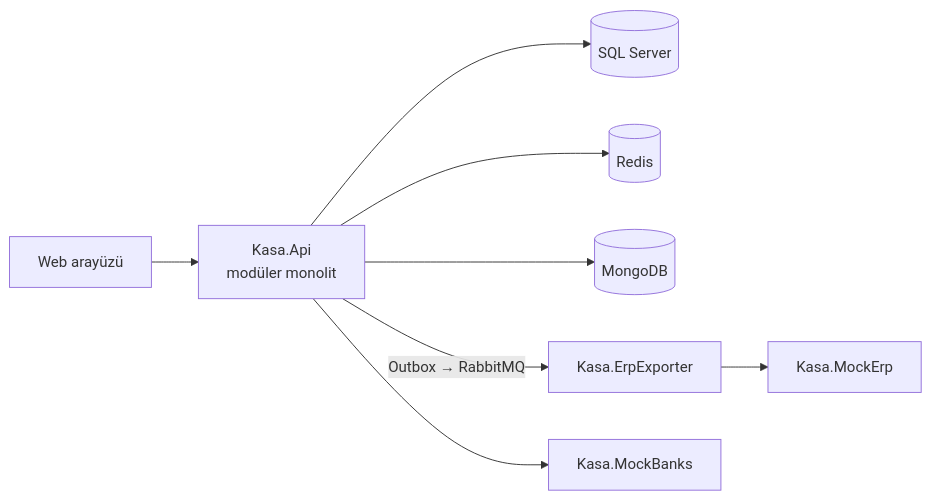
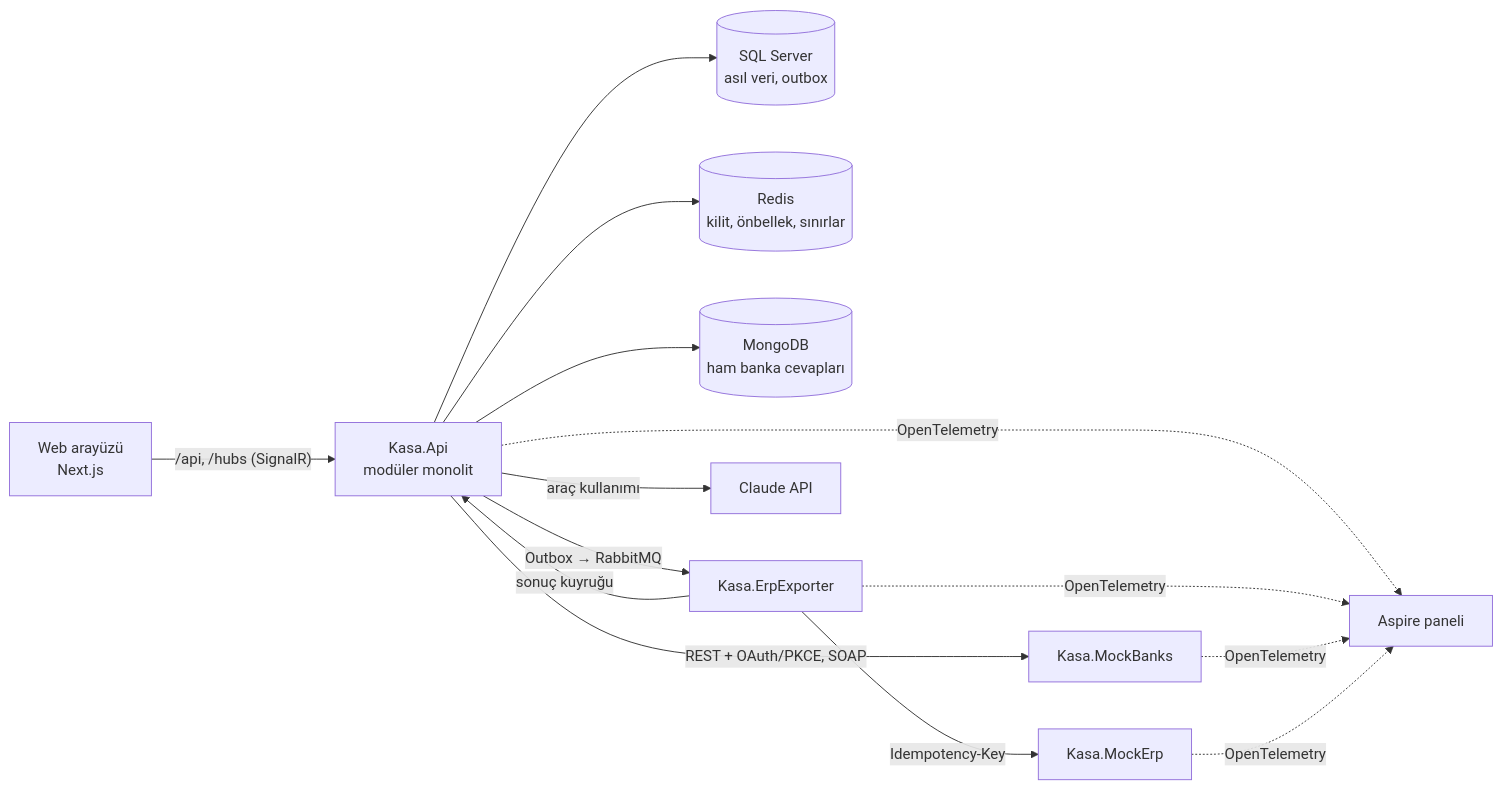
One commit to surakaraali/kasa changed the diagram in README.md. Above: the diagram before and after it, drawn with Mermaid. The commit also changed other lines of this file and 46 other files, not shown here.

````diff
--- a/README.md
+++ b/README.md
@@ -13,10 +13,13 @@
 ```mermaid
 flowchart LR
-    web["Web arayüzü"] --> api["Kasa.Api<br/>modüler monolit"]
-    api --> sql[("SQL Server")]
-    api --> redis[("Redis")]
-    api --> mongo[("MongoDB")]
+    web["Web arayüzü<br/>Next.js"] -- "/api, /hubs (SignalR)" --> api["Kasa.Api<br/>modüler monolit"]
+    api --> sql[("SQL Server<br/>asıl veri, outbox")]
+    api --> redis[("Redis<br/>kilit, önbellek, sınırlar")]
+    api --> mongo[("MongoDB<br/>ham banka cevapları")]
+    api -- "REST + OAuth/PKCE, SOAP" --> banks["Kasa.MockBanks"]
     api -- "Outbox → RabbitMQ" --> erp["Kasa.ErpExporter"]
-    erp --> tiger["Kasa.MockErp"]
-    api --> banks["Kasa.MockBanks"]
+    erp -- "Idempotency-Key" --> mockerp["Kasa.MockErp"]
+    erp -- "sonuç kuyruğu" --> api
+    api -- "araç kullanımı" --> claude["Claude API"]
+    api & erp & banks & mockerp -. "OpenTelemetry" .-> dash["Aspire paneli"]
 ```
````
